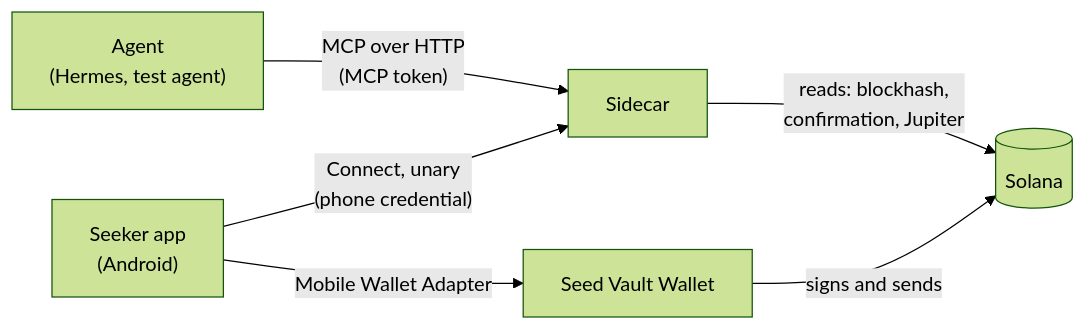
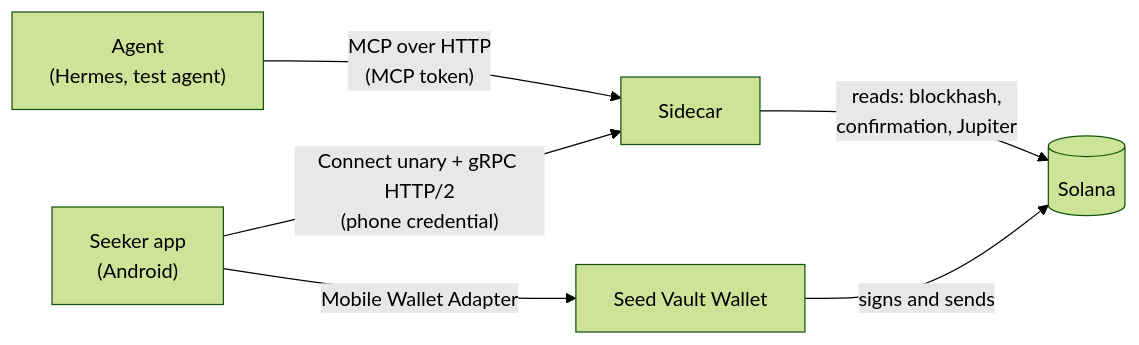
One commit to SeekerAgentConnect/sac changed the first of 4 diagrams in docs/architecture.md. Above: the diagram before and after it, drawn with Mermaid (forest theme). The commit also changed other lines of this file and 89 other files, not shown here.

````diff
--- a/docs/architecture.md
+++ b/docs/architecture.md
@@ -7,8 +7,8 @@
 ```mermaid
 flowchart LR
     Agent["Agent<br>(Hermes, test agent)"] -- "MCP over HTTP<br>(MCP token)" --> Sidecar
-    Phone["Seeker app<br>(Android)"] -- "Connect, unary<br>(phone credential)" --> Sidecar
+    Phone["Seeker app<br>(Android)"] -- "Connect unary + gRPC HTTP/2<br>(phone credential)" --> Sidecar
     Phone -- "Mobile Wallet Adapter" --> Wallet["Seed Vault Wallet"]
     Wallet -- "signs and sends" --> Solana[("Solana")]
     Sidecar -- "reads: blockhash,<br>confirmation, Jupiter" --> Solana
 ```
````
